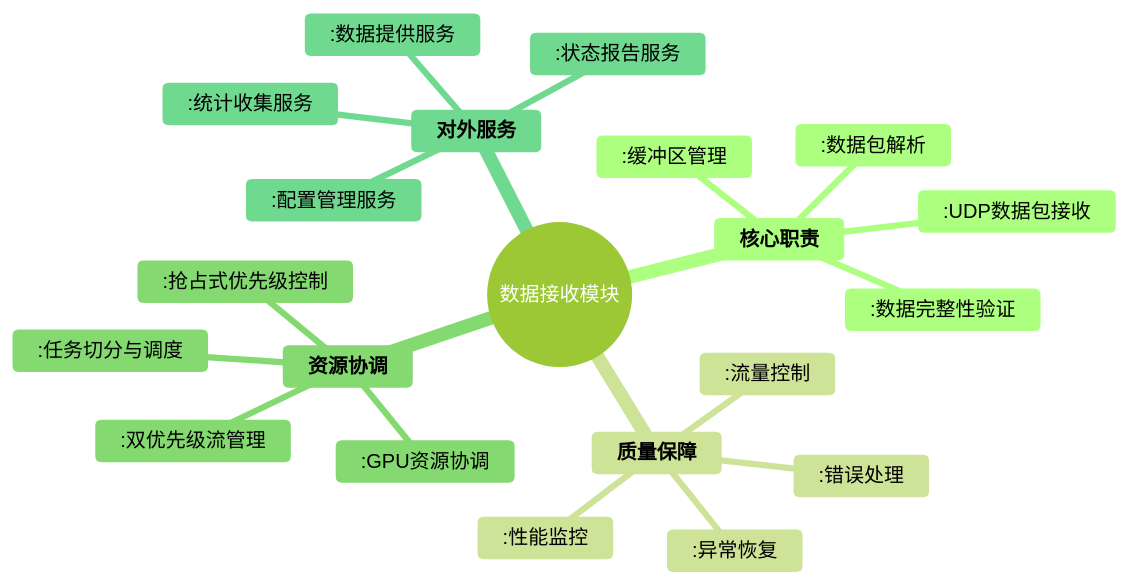
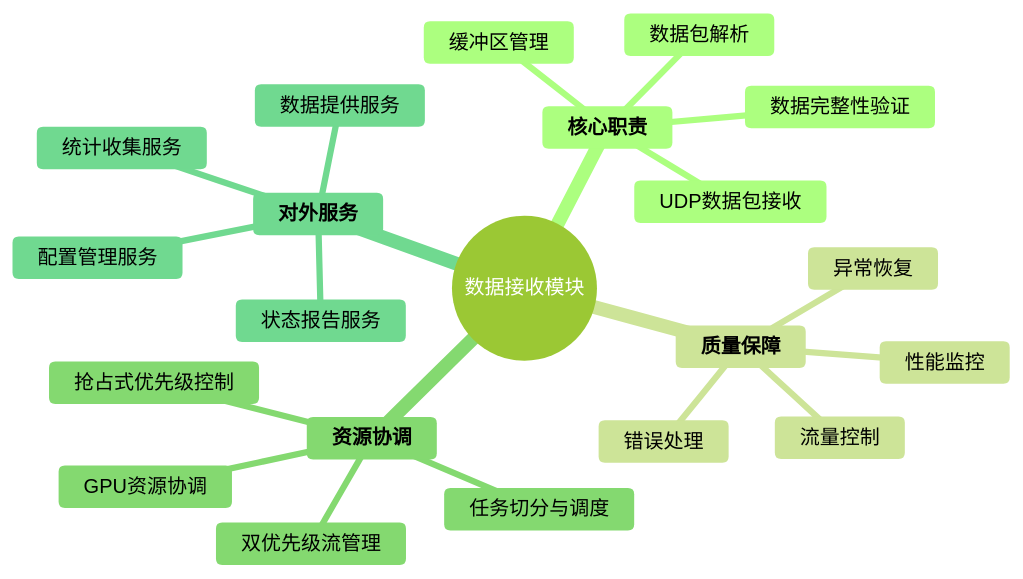
The first of 12 diagrams in docs/01_项目设计/02_模块设计/01_数据接收模块设计.md (wendizhou99-cell/Radar), drawn with Mermaid (forest theme) before and after one commit. The commit also changed 8 other files, not shown here.

````diff
--- a/docs/01_项目设计/02_模块设计/01_数据接收模块设计.md
+++ b/docs/01_项目设计/02_模块设计/01_数据接收模块设计.md
@@ -83,24 +83,24 @@
 ```mermaid
 mindmap
   root((数据接收模块))
     **核心职责**
-      :UDP数据包接收
-      :数据包解析
-      :数据完整性验证
-      :缓冲区管理
+      UDP数据包接收
+      数据包解析
+      数据完整性验证
+      缓冲区管理
     **质量保障**
-      :错误处理
-      :流量控制
-      :性能监控
-      :异常恢复
+      错误处理
+      流量控制
+      性能监控
+      异常恢复
     **资源协调**
-      :GPU资源协调
-      :抢占式优先级控制
-      :任务切分与调度
-      :双优先级流管理
+      GPU资源协调
+      抢占式优先级控制
+      任务切分与调度
+      双优先级流管理
     **对外服务**
-      :数据提供服务
-      :状态报告服务
-      :配置管理服务
-      :统计收集服务
+      数据提供服务
+      状态报告服务
+      配置管理服务
+      统计收集服务
 ```
````
